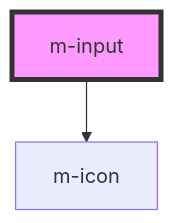
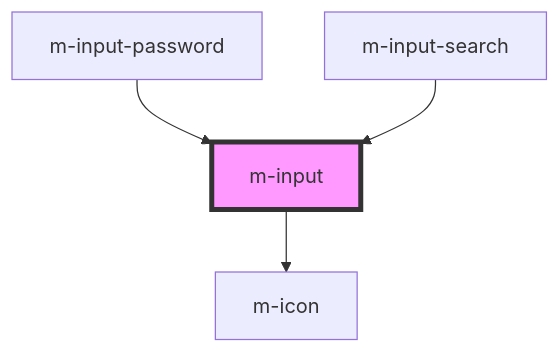
Before and after one commit to dynamic-framework/dynamic-ui: the diagram in libraries/modyo-design-system/src/components/m-input/readme.md, drawn with Mermaid. The commit also changed other lines of this file and 43 other files, not shown here.

Commit message:
feat: m-input homologation and m-input-password and m-input-search

````diff
--- a/libraries/modyo-design-system/src/components/m-input/readme.md
+++ b/libraries/modyo-design-system/src/components/m-input/readme.md
@@ -55,5 +59,7 @@
 ```mermaid
 graph TD;
   m-input --> m-icon
+  m-input-password --> m-input
+  m-input-search --> m-input
   style m-input fill:#f9f,stroke:#333,stroke-width:4px
 ```
````
